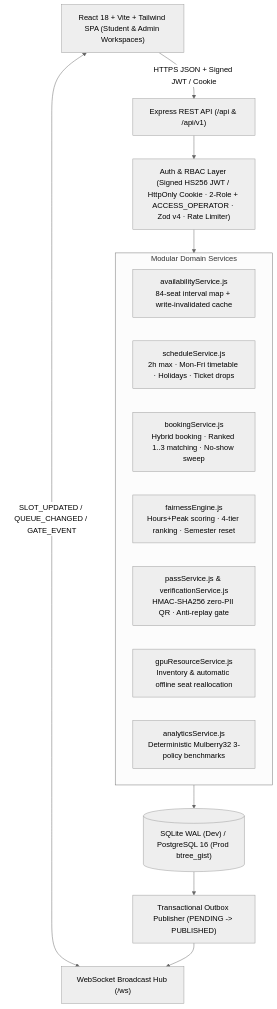
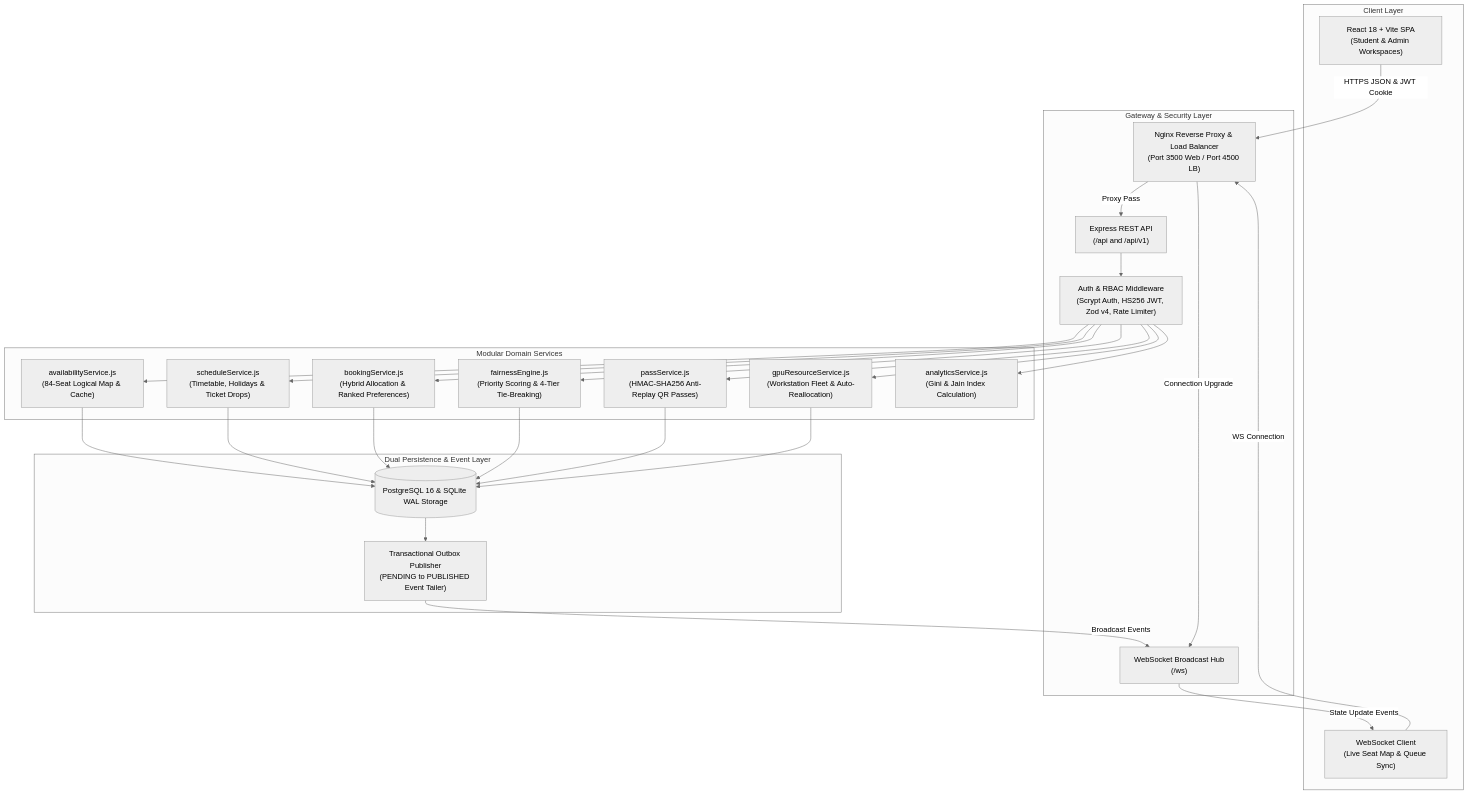
Before and after one commit to gnshx/FAIR-LAB: the first of 3 diagrams in README.md, drawn with Mermaid (neutral theme). The commit also changed other lines of this file, not shown here.

Commit message:
docs(readme): fix mermaid flowchart, sequence diagram, and er diagram for flawless rich rendering

````diff
--- a/README.md
+++ b/README.md
@@ -184,26 +184,54 @@
 ```mermaid
 flowchart TD
-    UI["React 18 + Vite + Tailwind SPA (Student & Admin Workspaces)"]
-    WS["WebSocket Broadcast Hub (/ws)"]
-    API["Express REST API (/api & /api/v1)"]
-    SEC["Auth & RBAC Layer (Signed HS256 JWT / HttpOnly Cookie · 2-Role + ACCESS_OPERATOR · Zod v4 · Rate Limiter)"]
-
-    subgraph Core["Modular Domain Services"]
-        AV["availabilityService.js\n84-seat interval map + write-invalidated cache"]
-        SC["scheduleService.js\n2h max · Mon-Fri timetable · Holidays · Ticket drops"]
-        BK["bookingService.js\nHybrid booking · Ranked 1..3 matching · No-show sweep"]
-        FR["fairnessEngine.js\nHours+Peak scoring · 4-tier ranking · Semester reset"]
-        QR["passService.js & verificationService.js\nHMAC-SHA256 zero-PII QR · Anti-replay gate"]
-        RS["gpuResourceService.js\nInventory & automatic offline seat reallocation"]
-        AN["analyticsService.js\nDeterministic Mulberry32 3-policy benchmarks"]
+    subgraph Clients ["Client Layer"]
+        UI["React 18 + Vite SPA<br/>(Student & Admin Workspaces)"]
+        WSClient["WebSocket Client<br/>(Live Seat Map & Queue Sync)"]
     end
 
-    DB[("SQLite WAL (Dev) / PostgreSQL 16 (Prod btree_gist)")]
-    OB["Transactional Outbox Publisher (PENDING -> PUBLISHED)"]
+    subgraph Gateway ["Gateway & Security Layer"]
+        Nginx["Nginx Reverse Proxy & Load Balancer<br/>(Port 3500 Web / Port 4500 LB)"]
+        API["Express REST API<br/>(/api and /api/v1)"]
+        WSHub["WebSocket Broadcast Hub<br/>(/ws)"]
+        SEC["Auth & RBAC Middleware<br/>(Scrypt Auth, HS256 JWT, Zod v4, Rate Limiter)"]
+    end
 
-    UI -->|"HTTPS JSON + Signed JWT / Cookie"| API
-    UI <-->|"SLOT_UPDATED / QUEUE_CHANGED / GATE_EVENT"| WS
-    API --> SEC --> Core
-    Core --> DB
-    DB --> OB --> WS
+    subgraph DomainServices ["Modular Domain Services"]
+        AV["availabilityService.js<br/>(84-Seat Logical Map & Cache)"]
+        SC["scheduleService.js<br/>(Timetable, Holidays & Ticket Drops)"]
+        BK["bookingService.js<br/>(Hybrid Allocation & Ranked Preferences)"]
+        FR["fairnessEngine.js<br/>(Priority Scoring & 4-Tier Tie-Breaking)"]
+        QR["passService.js<br/>(HMAC-SHA256 Anti-Replay QR Passes)"]
+        RS["gpuResourceService.js<br/>(Workstation Fleet & Auto-Reallocation)"]
+        AN["analyticsService.js<br/>(Gini & Jain Index Calculation)"]
+    end
+
+    subgraph Persistence ["Dual Persistence & Event Layer"]
+        DB[("PostgreSQL 16 & SQLite WAL Storage")]
+        OB["Transactional Outbox Publisher<br/>(PENDING to PUBLISHED Event Tailer)"]
+    end
+
+    UI -->|"HTTPS JSON & JWT Cookie"| Nginx
+    WSClient -->|"WS Connection"| Nginx
+    Nginx -->|"Proxy Pass"| API
+    Nginx -->|"Connection Upgrade"| WSHub
+
+    API --> SEC
+    SEC --> AV
+    SEC --> SC
+    SEC --> BK
+    SEC --> FR
+    SEC --> QR
+    SEC --> RS
+    SEC --> AN
+
+    AV --> DB
+    SC --> DB
+    BK --> DB
+    FR --> DB
+    QR --> DB
+    RS --> DB
+
+    DB --> OB
+    OB -->|"Broadcast Events"| WSHub
+    WSHub -->|"State Update Events"| WSClient
 ```
````
